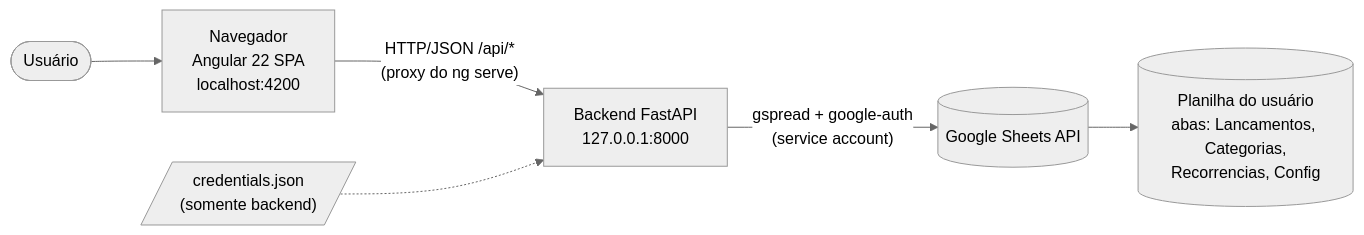
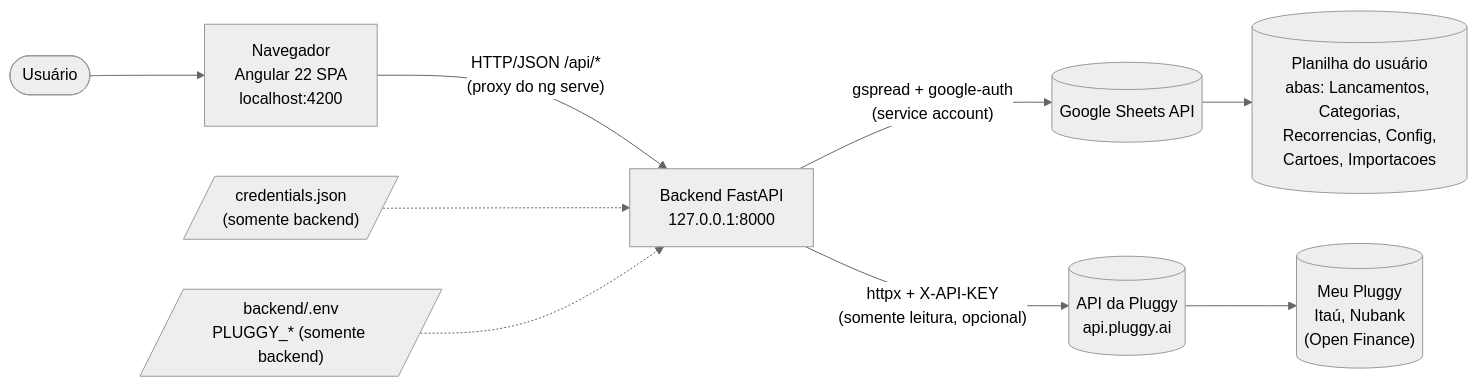
Before and after one commit to Pedrohcs/PlanilhaFinanceira: the first of 5 diagrams in SPECS/03-arquitetura.md, drawn with Mermaid (neutral theme). The commit also changed other lines of this file and 14 other files, not shown here.

Commit message:
F-16: especifica importação do cartão de crédito (Meu Pluggy)

````diff
--- a/SPECS/03-arquitetura.md
+++ b/SPECS/03-arquitetura.md
@@ -19,8 +19,11 @@
 ```mermaid
 flowchart LR
     U([Usuário]) --> B["Navegador<br/>Angular 22 SPA<br/>localhost:4200"]
     B -- "HTTP/JSON /api/*<br/>(proxy do ng serve)" --> API["Backend FastAPI<br/>127.0.0.1:8000"]
     API -- "gspread + google-auth<br/>(service account)" --> GS[("Google Sheets API")]
-    GS --> P[("Planilha do usuário<br/>abas: Lancamentos, Categorias,<br/>Recorrencias, Config")]
+    GS --> P[("Planilha do usuário<br/>abas: Lancamentos, Categorias,<br/>Recorrencias, Config,<br/>Cartoes, Importacoes")]
     CRED[/"credentials.json<br/>(somente backend)"/] -.-> API
+    API -- "httpx + X-API-KEY<br/>(somente leitura, opcional)" --> PG[("API da Pluggy<br/>api.pluggy.ai")]
+    PG --> MP[("Meu Pluggy<br/>Itaú, Nubank<br/>(Open Finance)")]
+    ENV[/"backend/.env<br/>PLUGGY_* (somente backend)"/] -.-> API
 ```
````
